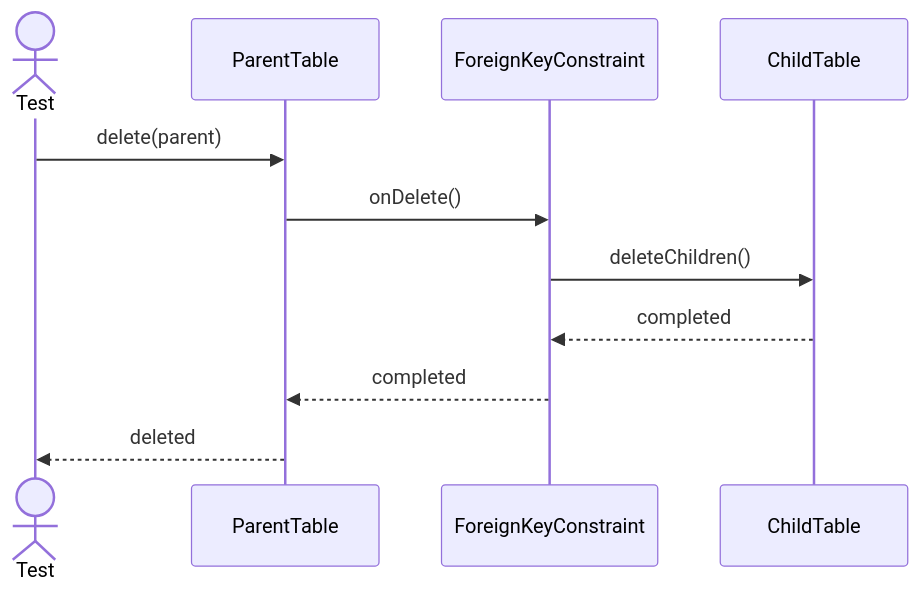
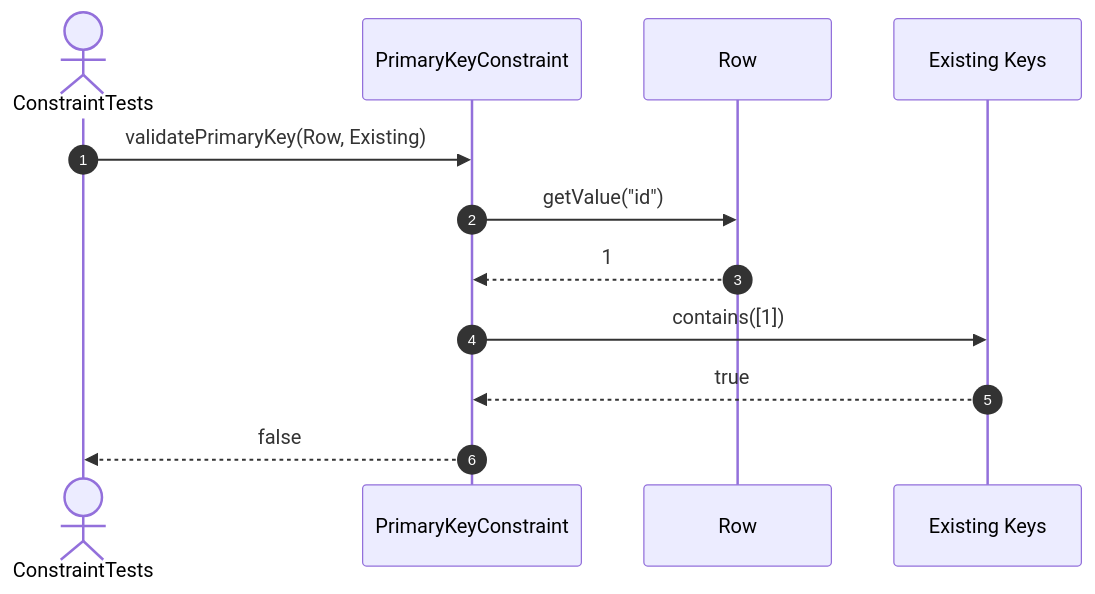
Before and after one commit to FhuAnn/-bbv-AN-s-DBMS: the seventh of 16 diagrams in src/tests/unit/metadata/sequences/constraint-testing.se.md, drawn with Mermaid. The commit also changed other lines of this file and 60 other files, not shown here.

Commit message:
refactor data table, row, column, constraint, index test file

````diff
--- a/src/tests/unit/metadata/sequences/constraint-testing.se.md
+++ b/src/tests/unit/metadata/sequences/constraint-testing.se.md
@@ -119,19 +109,15 @@
 ```mermaid
 sequenceDiagram
-actor Test
-participant ParentTable
-participant ForeignKeyConstraint
-participant ChildTable
+    autonumber
+    actor Test as ConstraintTests
+    participant PK as PrimaryKeyConstraint
+    participant Row as Row
+    participant Existing as Existing Keys
 
-Test->>ParentTable: delete(parent)
-
-ParentTable->>ForeignKeyConstraint: onDelete()
-
-ForeignKeyConstraint->>ChildTable: deleteChildren()
-
-ChildTable-->>ForeignKeyConstraint: completed
-
-ForeignKeyConstraint-->>ParentTable: completed
-
-ParentTable-->>Test: deleted
+    Test->>PK: validatePrimaryKey(Row, Existing)
+    PK->>Row: getValue("id")
+    Row-->>PK: 1
+    PK->>Existing: contains([1])
+    Existing-->>PK: true
+    PK-->>Test: false
 ```
````
